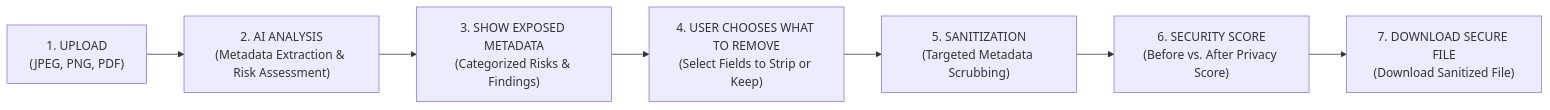
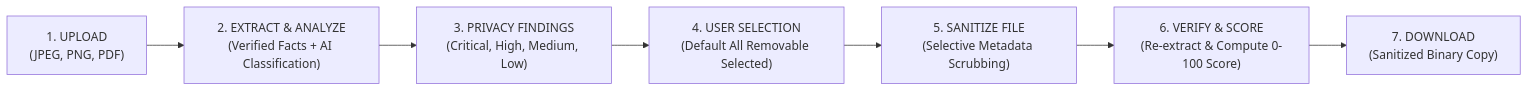
One commit to nitheesh-09/SecureX changed the diagram in README.md. Above: the diagram before and after it, drawn with Mermaid. The commit also changed other lines of this file and 72 other files, not shown here.

Commit message:
Document Review 1 metadata sanitization workflow and architecture

````diff
--- a/README.md
+++ b/README.md
@@ -42,9 +20,9 @@
 ```mermaid
 flowchart LR
-    A["1. UPLOAD<br/>(JPEG, PNG, PDF)"] --> B["2. AI ANALYSIS<br/>(Metadata Extraction & Risk Assessment)"]
-    B --> C["3. SHOW EXPOSED METADATA<br/>(Categorized Risks & Findings)"]
-    C --> D["4. USER CHOOSES WHAT TO REMOVE<br/>(Select Fields to Strip or Keep)"]
-    D --> E["5. SANITIZATION<br/>(Targeted Metadata Scrubbing)"]
-    E --> F["6. SECURITY SCORE<br/>(Before vs. After Privacy Score)"]
-    F --> G["7. DOWNLOAD SECURE FILE<br/>(Download Sanitized File)"]
+    A["1. UPLOAD<br/>(JPEG, PNG, PDF)"] --> B["2. EXTRACT & ANALYZE<br/>(Verified Facts + AI Classification)"]
+    B --> C["3. PRIVACY FINDINGS<br/>(Critical, High, Medium, Low)"]
+    C --> D["4. USER SELECTION<br/>(Default All Removable Selected)"]
+    D --> E["5. SANITIZE FILE<br/>(Selective Metadata Scrubbing)"]
+    E --> F["6. VERIFY & SCORE<br/>(Re-extract & Compute 0-100 Score)"]
+    F --> G["7. DOWNLOAD<br/>(Sanitized Binary Copy)"]
 ```
````
